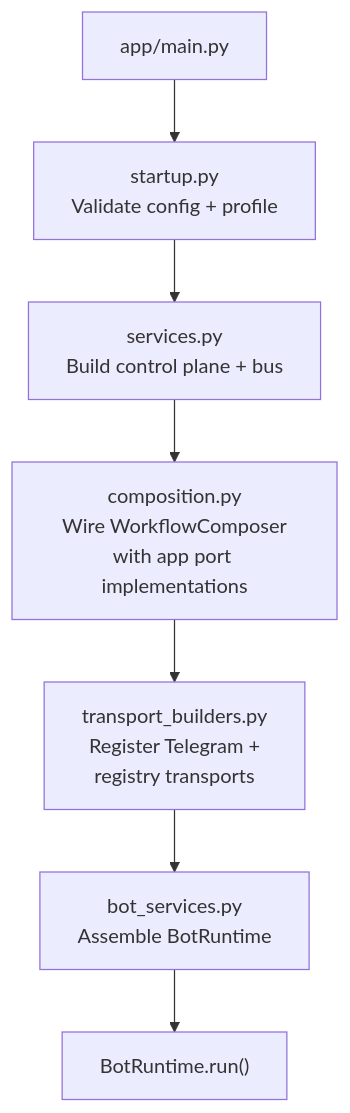
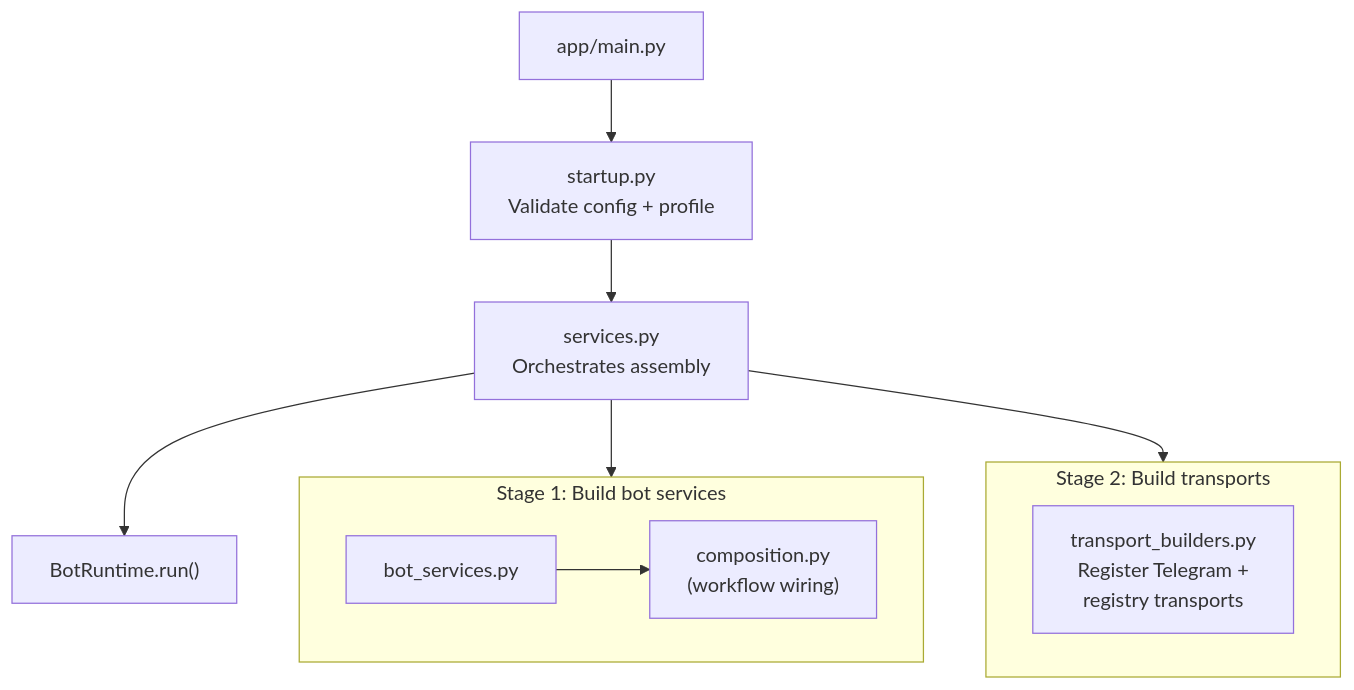
The sixth of 8 diagrams in ARCHITECTURE.md (privacynow/octopus), drawn with Mermaid before and after one commit. The commit also changed other lines of this file and 1 other file, not shown here.

````diff
--- a/ARCHITECTURE.md
+++ b/ARCHITECTURE.md
@@ -341,17 +350,24 @@
 ```mermaid
 flowchart TD
     main["app/main.py"]
     startup["startup.py<br/>Validate config + profile"]
-    services["services.py<br/>Build control plane + bus"]
-    composition["composition.py<br/>Wire WorkflowComposer<br/>with app port implementations"]
-    builders["transport_builders.py<br/>Register Telegram +<br/>registry transports"]
-    bot_services["bot_services.py<br/>Assemble BotRuntime"]
+    services["services.py<br/>Orchestrates assembly"]
+
+    subgraph stage1 ["Stage 1: Build bot services"]
+        bot_services["bot_services.py"]
+        composition["composition.py<br/>(workflow wiring)"]
+        bot_services --> composition
+    end
+
+    subgraph stage2 ["Stage 2: Build transports"]
+        builders["transport_builders.py<br/>Register Telegram +<br/>registry transports"]
+    end
+
     runtime["BotRuntime.run()"]
 
     main --> startup
     startup --> services
-    services --> composition
-    composition --> builders
-    builders --> bot_services
-    bot_services --> runtime
+    services --> stage1
+    services --> stage2
+    services --> runtime
 ```
````
